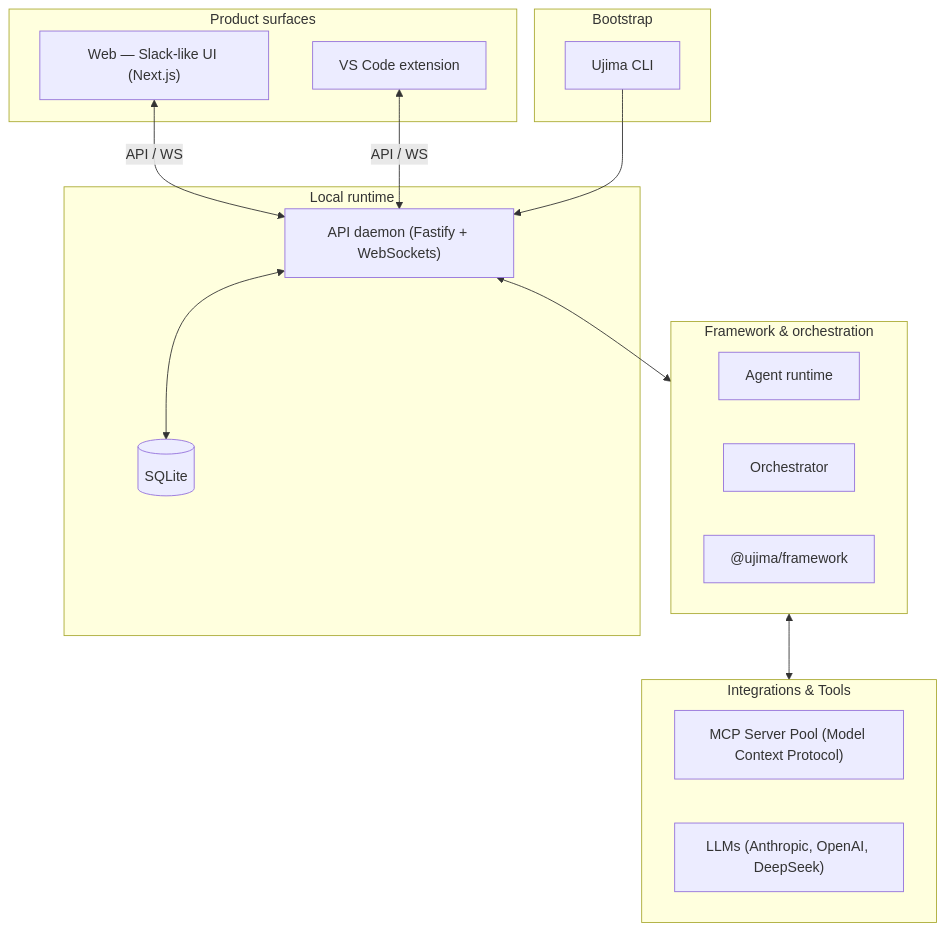
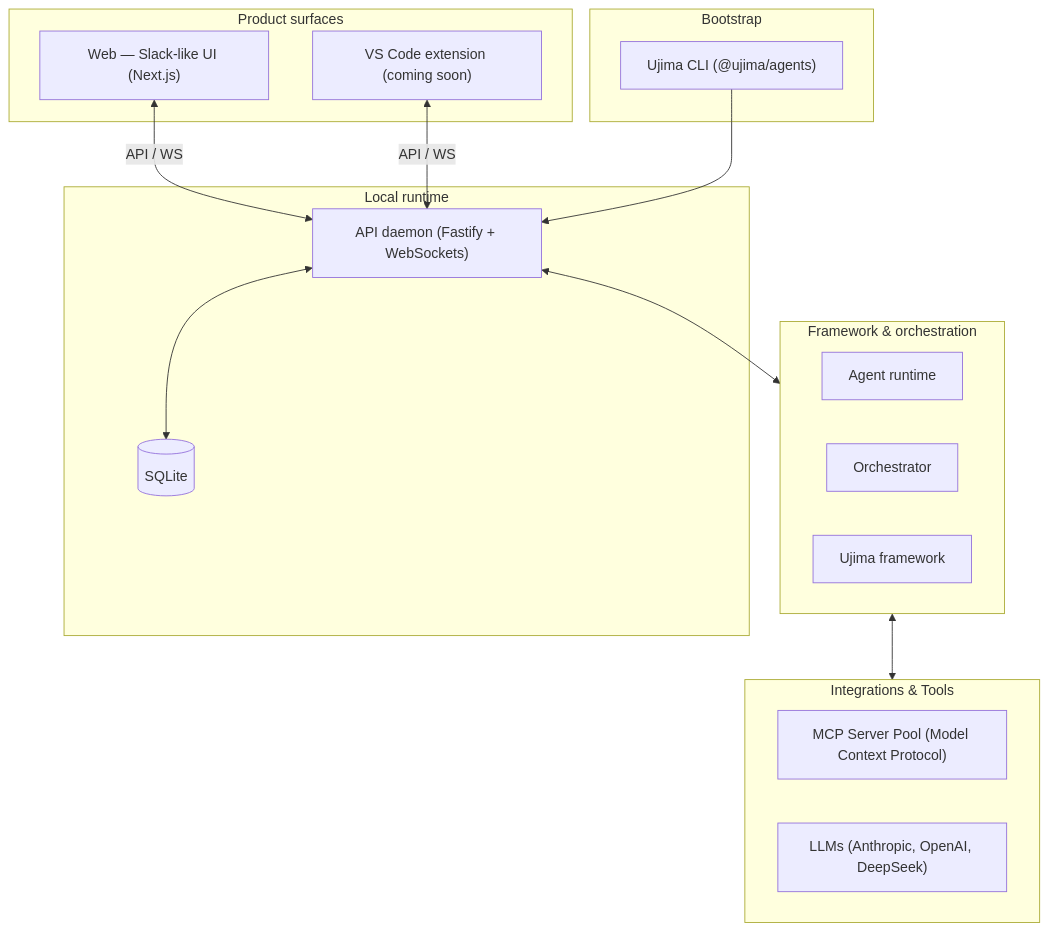
The diagram in README.md (UjimaAgents/ujima-agents), drawn with Mermaid before and after one commit. The commit also changed other lines of this file and 7 other files, not shown here.

````diff
--- a/README.md
+++ b/README.md
@@ -190,33 +168,33 @@
 ```mermaid
 graph TD
     subgraph Surfaces ["Product surfaces"]
         Web["Web — Slack-like UI (Next.js)"]
-        VSCode["VS Code extension"]
+        VSCode["VS Code extension (coming soon)"]
     end
 
     subgraph Bootstrap ["Bootstrap"]
-        CLI["Ujima CLI"]
+        CLI["Ujima CLI (@ujima/agents)"]
     end
 
     subgraph Core ["Local runtime"]
         API["API daemon (Fastify + WebSockets)"]
         DB[(SQLite)]
     end
 
     subgraph Engine ["Framework & orchestration"]
         Runtime["Agent runtime"]
         Orchestrator["Orchestrator"]
-        Framework["@ujima/framework"]
+        Framework["Ujima framework"]
     end
 
     subgraph Ext ["Integrations & Tools"]
         MCP["MCP Server Pool (Model Context Protocol)"]
         LLM["LLMs (Anthropic, OpenAI, DeepSeek)"]
     end
 
     Web & VSCode <-->|API / WS| API
     CLI --> API
     API <--> DB
     API <--> Engine
     Engine <--> Ext
 ```
````
